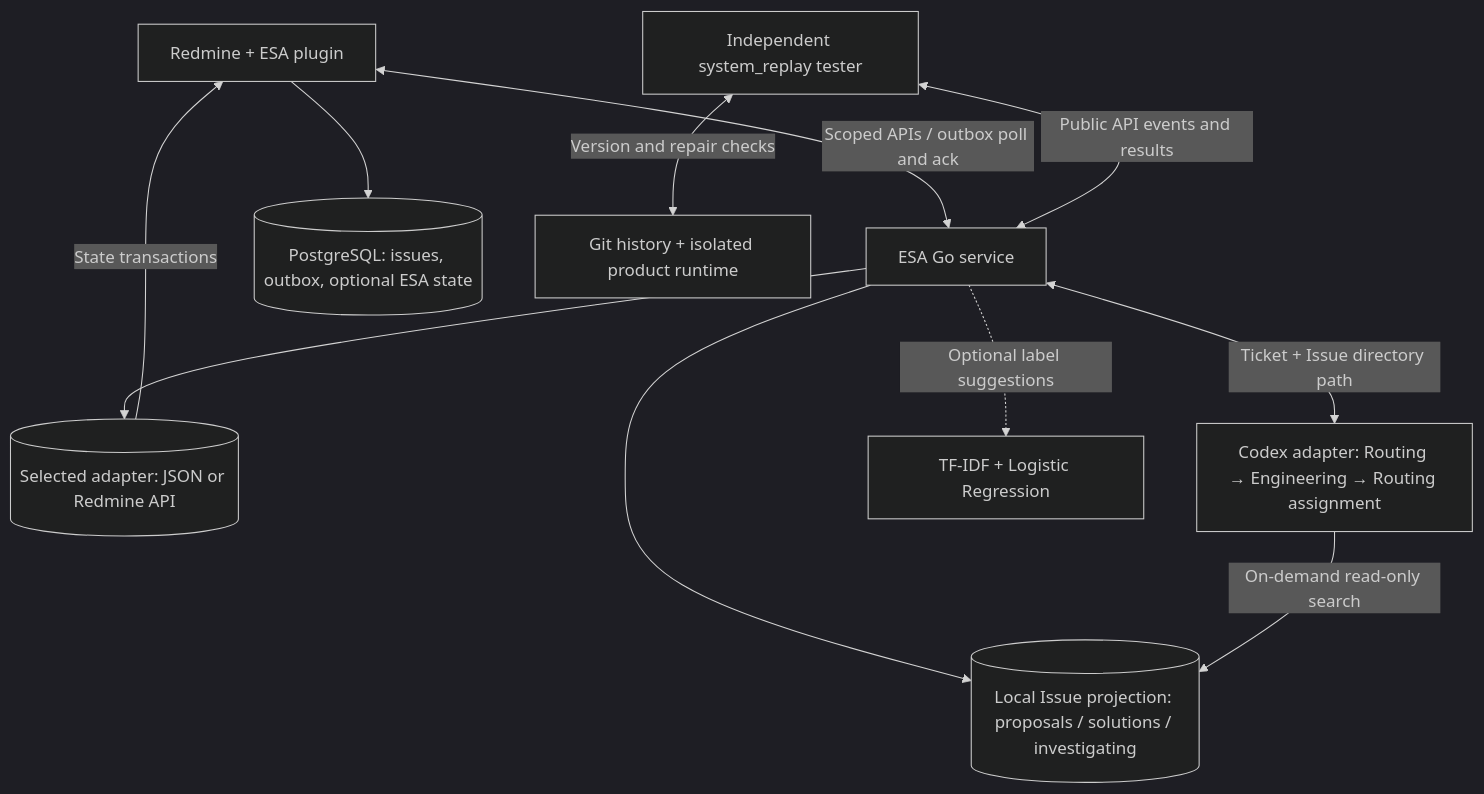
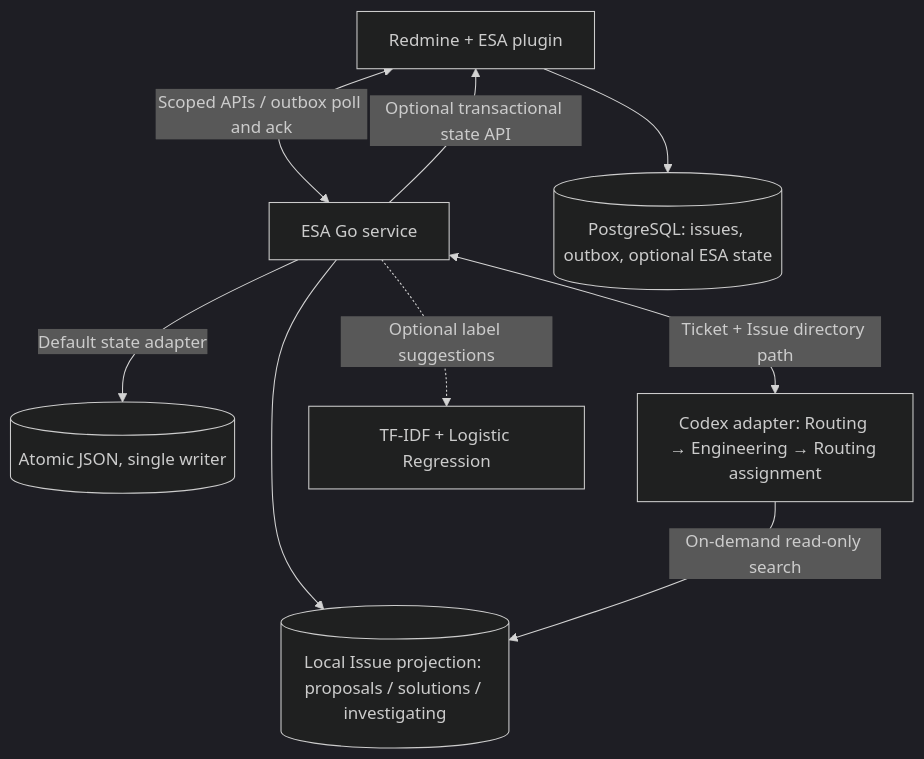
The first of 2 diagrams in README.md (SDUzbh/esa), drawn with Mermaid (dark theme) before and after one commit. The commit also changed other lines of this file and 15 other files, not shown here.

````diff
--- a/README.md
+++ b/README.md
@@ -26,13 +26,11 @@
 ```mermaid
 flowchart TD
     P["Redmine + ESA plugin"] <-->|Scoped APIs / outbox poll and ack| E["ESA Go service"]
     P --> D[("PostgreSQL: issues, outbox, optional ESA state")]
-    E --> S[("Selected adapter: JSON or Redmine API")]
-    S -->|State transactions| P
+    E -->|Default state adapter| S[("Atomic JSON, single writer")]
+    E -->|Optional transactional state API| P
     E <-->|Ticket + Issue directory path| A["Codex adapter: Routing → Engineering → Routing assignment"]
     E --> I[("Local Issue projection: proposals / solutions / investigating")]
     A -->|On-demand read-only search| I
     E -.->|Optional label suggestions| C["TF-IDF + Logistic Regression"]
-    T["Independent system_replay tester"] <-->|Public API events and results| E
-    T <-->|Version and repair checks| H["Git history + isolated product runtime"]
 ```
````
